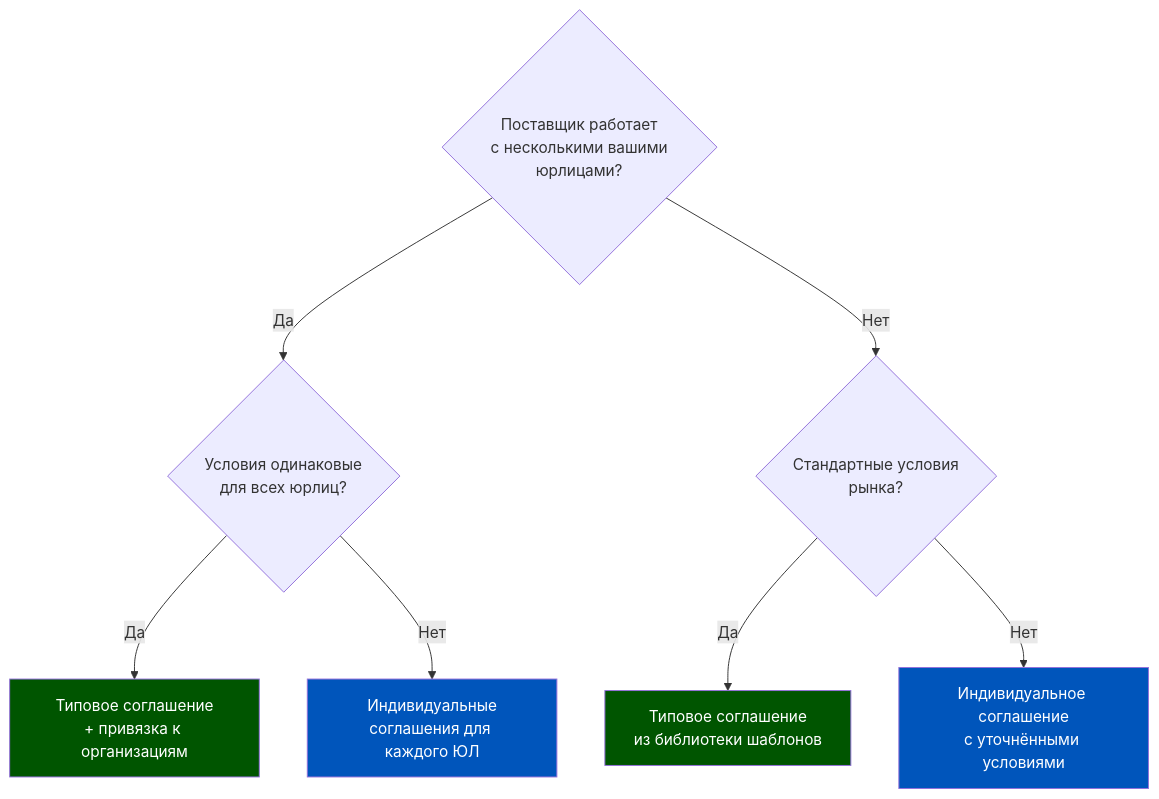
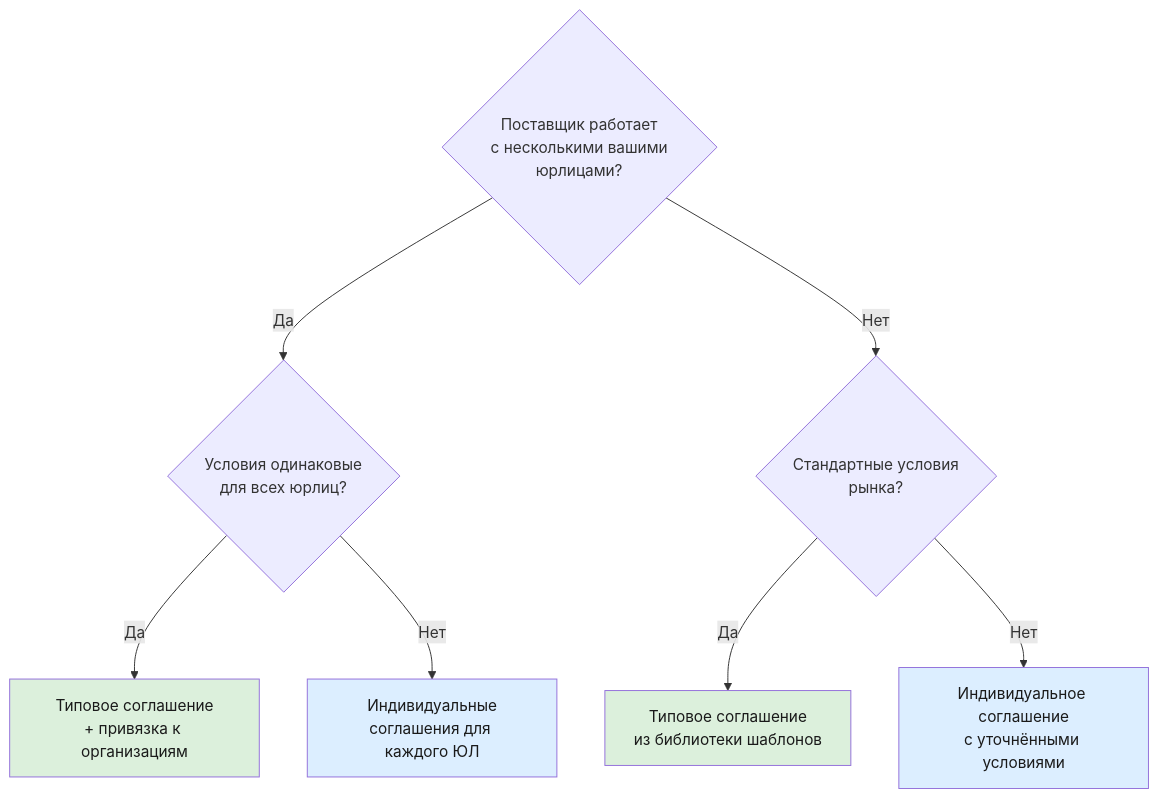
Before and after one commit to murad1986/1c-erp-quartz: the sixth of 6 diagrams in content/1c-erp/week_3/Неделя 3 - День 2 - Соглашения с поставщиками.md, drawn with Mermaid. The commit also changed other lines of this file and 57 other files, not shown here.

First line of the commit message:
fix: Mermaid — пастельные цвета в источниках диаграмм (56 файлов)

````diff
--- a/content/1c-erp/week_3/Неделя 3 - День 2 - Соглашения с поставщиками.md
+++ b/content/1c-erp/week_3/Неделя 3 - День 2 - Соглашения с поставщиками.md
@@ -483,24 +483,24 @@
 ```mermaid
 flowchart TD
     Q1{"Поставщик работает
 с несколькими вашими
 юрлицами?"}
     Q1 -->|"Да"| Q2{"Условия одинаковые
 для всех юрлиц?"}
     Q1 -->|"Нет"| Q3{"Стандартные условия
 рынка?"}
     Q2 -->|"Да"| TYP["Типовое соглашение
 + привязка к организациям"]
     Q2 -->|"Нет"| IND["Индивидуальные
 соглашения для каждого ЮЛ"]
     Q3 -->|"Да"| TYP2["Типовое соглашение
 из библиотеки шаблонов"]
     Q3 -->|"Нет"| IND2["Индивидуальное соглашение
 с уточнёнными условиями"]
 
-    style TYP fill:#005500,color:#fff
-    style TYP2 fill:#005500,color:#fff
-    style IND fill:#0055BB,color:#fff
-    style IND2 fill:#0055BB,color:#fff
+    style TYP fill:#dcf0dc,color:#1a1a1a
+    style TYP2 fill:#dcf0dc,color:#1a1a1a
+    style IND fill:#dceeff,color:#1a1a1a
+    style IND2 fill:#dceeff,color:#1a1a1a
 
 ```
````
